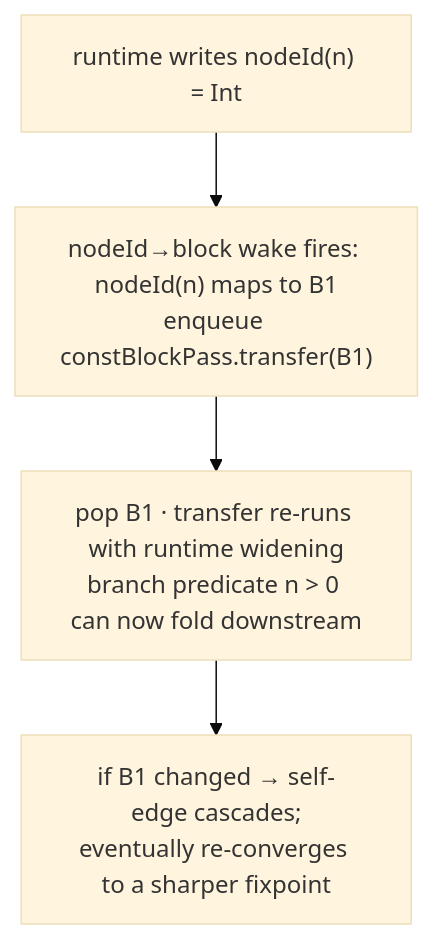
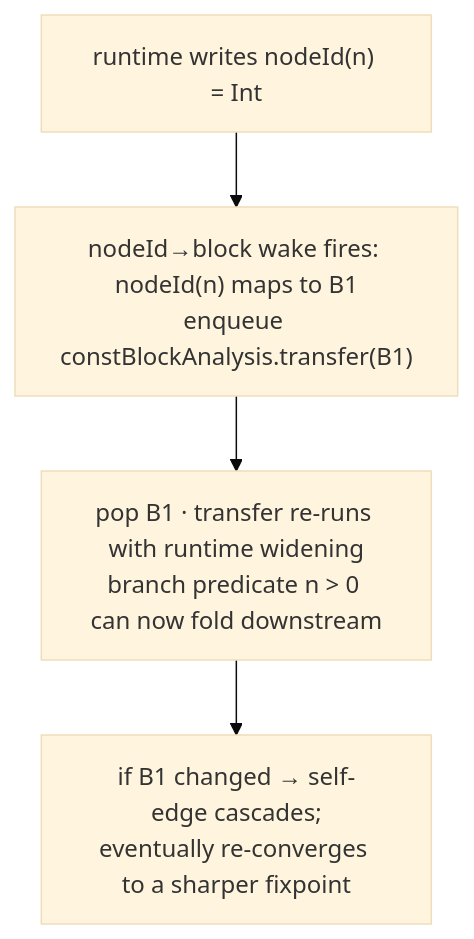
One commit to loyaltypollution/py-slang changed the ninth of 14 diagrams in docs/dfa-framework-tutorial.md. Above: the diagram before and after it, drawn with Mermaid (base theme). The commit also changed other lines of this file and 49 other files, not shown here.

````diff
--- a/docs/dfa-framework-tutorial.md
+++ b/docs/dfa-framework-tutorial.md
@@ -325,8 +399,8 @@
 ```mermaid
 flowchart TB
     r1["runtime writes nodeId(n) = Int"]
-    r2["nodeId→block wake fires: nodeId(n) maps to B1<br/>enqueue constBlockPass.transfer(B1)"]
+    r2["nodeId→block wake fires: nodeId(n) maps to B1<br/>enqueue constBlockAnalysis.transfer(B1)"]
     r3["pop B1 · transfer re-runs with runtime widening<br/>branch predicate n &gt; 0 can now fold downstream"]
     r4["if B1 changed → self-edge cascades;<br/>eventually re-converges to a sharper fixpoint"]
     r1 --> r2 --> r3 --> r4
 ```
````
